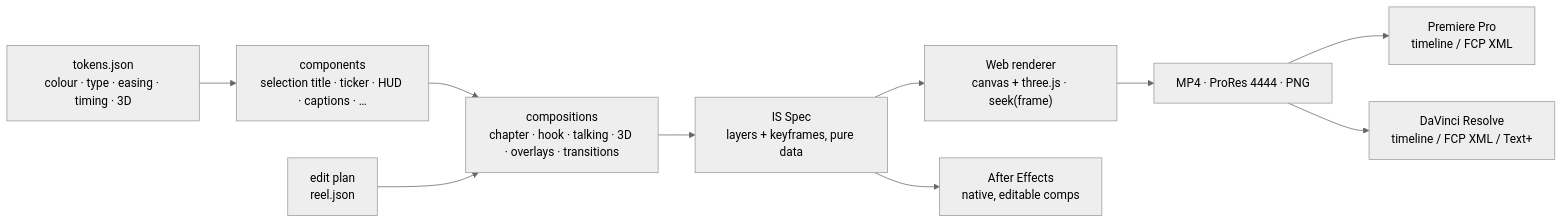
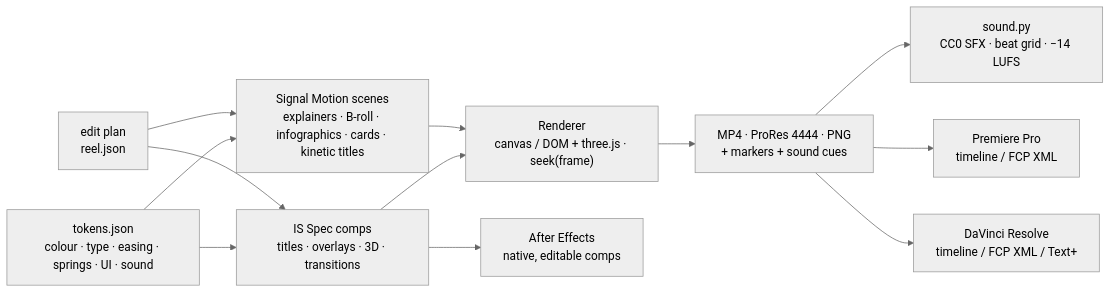
Before and after one commit to AkashKhairal/ink-signal: the diagram in README.md, drawn with Mermaid (neutral theme). The commit also changed other lines of this file and 58 other files, not shown here.

````diff
--- a/README.md
+++ b/README.md
@@ -89,12 +249,14 @@
 ```mermaid
 flowchart LR
-  T["tokens.json<br/>colour · type · easing · timing · 3D"] --> C["components<br/>selection title · ticker · HUD · captions · …"]
-  C --> P["compositions<br/>chapter · hook · talking · 3D · overlays · transitions"]
-  E["edit plan<br/>reel.json"] --> P
-  P --> S["IS Spec<br/>layers + keyframes, pure data"]
-  S --> W["Web renderer<br/>canvas + three.js · seek(frame)"]
-  W --> V["MP4 · ProRes 4444 · PNG"]
-  S --> AE["After Effects<br/>native, editable comps"]
+  T["tokens.json<br/>colour · type · easing · springs · UI · sound"] --> A["IS Spec comps<br/>titles · overlays · 3D · transitions"]
+  T --> M["Signal Motion scenes<br/>explainers · B-roll · infographics · cards · kinetic titles"]
+  E["edit plan<br/>reel.json"] --> A
+  E --> M
+  A --> W["Renderer<br/>canvas / DOM + three.js · seek(frame)"]
+  M --> W
+  W --> V["MP4 · ProRes 4444 · PNG<br/>+ markers + sound cues"]
+  V --> S["sound.py<br/>CC0 SFX · beat grid · −14 LUFS"]
+  A --> AE["After Effects<br/>native, editable comps"]
   V --> PR["Premiere Pro<br/>timeline / FCP XML"]
   V --> DR["DaVinci Resolve<br/>timeline / FCP XML / Text+"]
 ```
````
